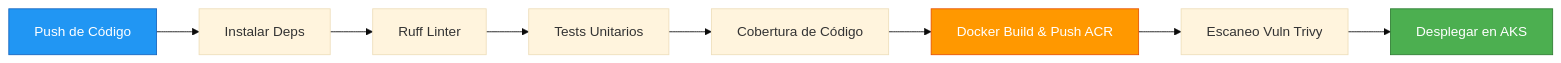
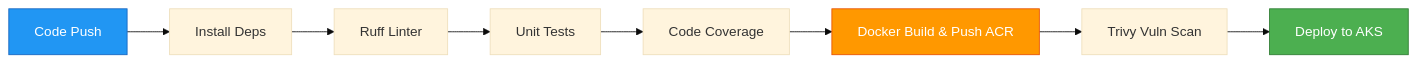
Before and after one commit to DestinyM01/devsu: the second of 2 diagrams in README.md, drawn with Mermaid (base theme). The commit also changed other lines of this file, not shown here.

````diff
--- a/README.md
+++ b/README.md
@@ -68,14 +68,14 @@
 ```mermaid
 graph LR
-    A[Push de Código] --> B[Instalar Deps]
+    A[Code Push] --> B[Install Deps]
     B --> C[Ruff Linter]
-    C --> D[Tests Unitarios]
-    D --> E[Cobertura de Código]
+    C --> D[Unit Tests]
+    D --> E[Code Coverage]
     E --> F[Docker Build & Push ACR]
-    F --> G[Escaneo Vuln Trivy]
-    G --> H[Desplegar en AKS]
+    F --> G[Trivy Vuln Scan]
+    G --> H[Deploy to AKS]
 
     style A fill:#2196F3,stroke:#1565C0,color:#fff
     style F fill:#FF9800,stroke:#E65100,color:#fff
     style H fill:#4CAF50,stroke:#2E7D32,color:#fff
 ```
````
